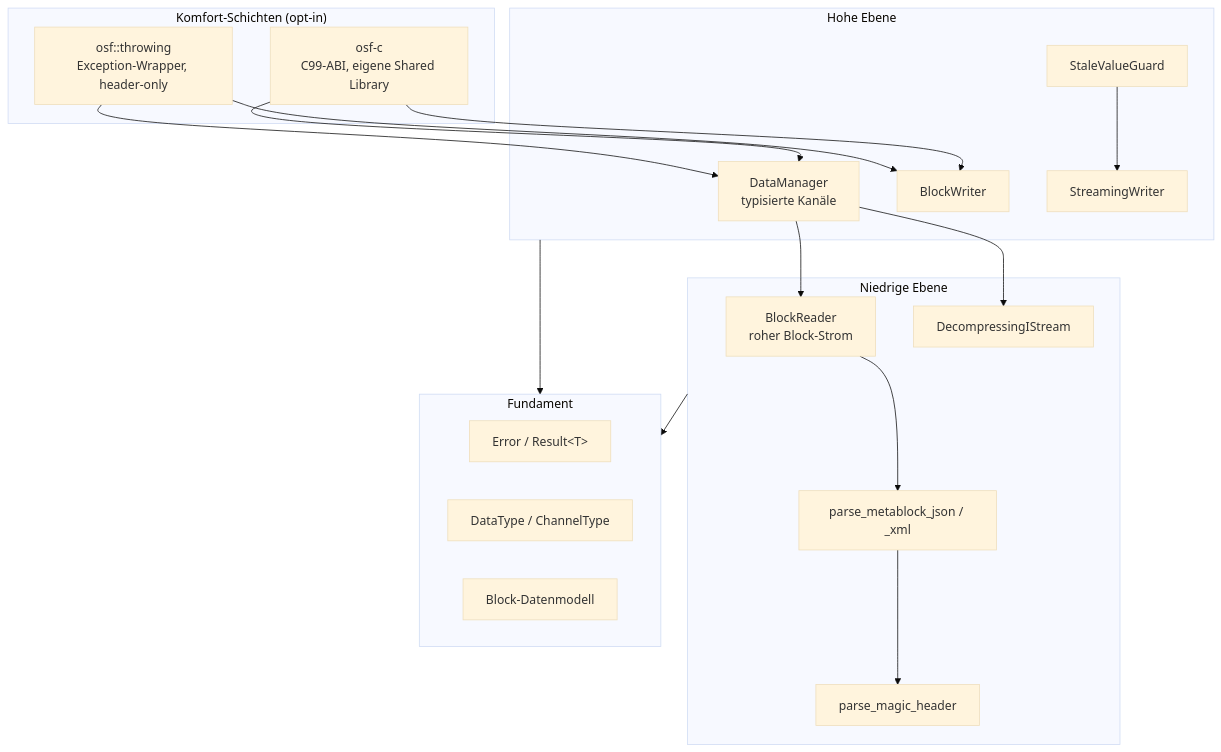
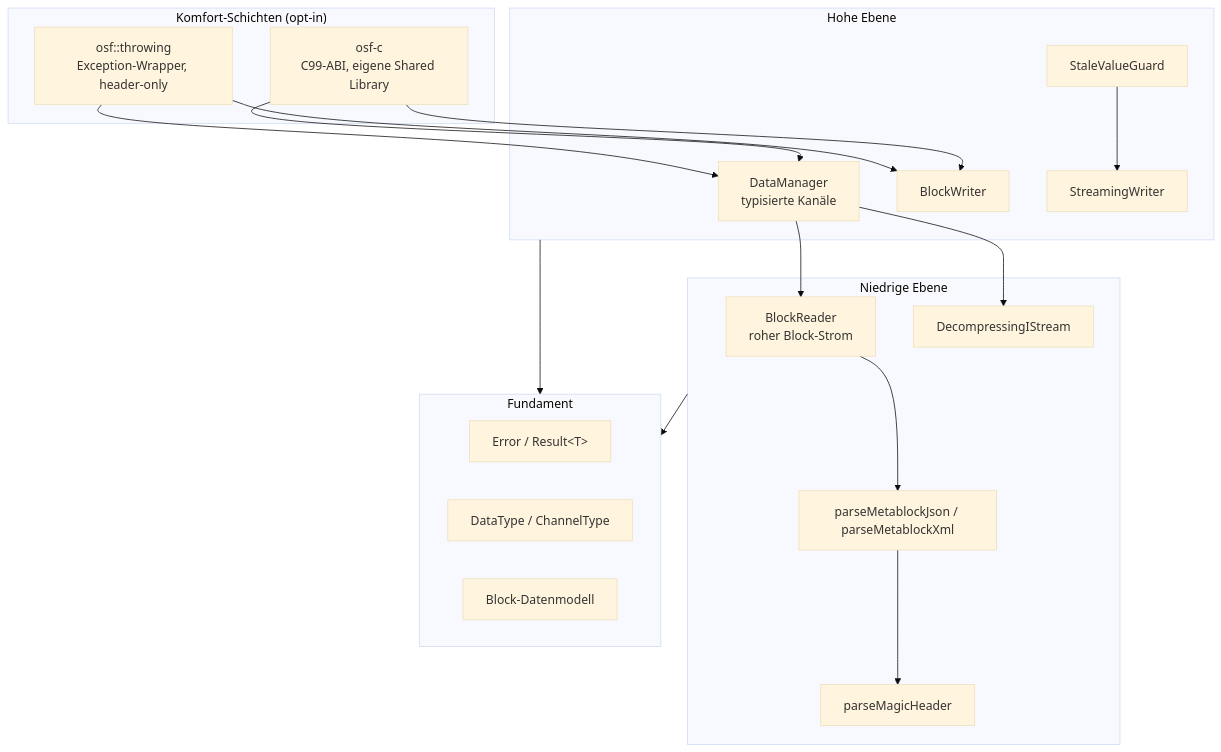
One commit to optimeas/osf changed the first of 2 diagrams in docs/de/implementations/cpp/architektur.md. Above: the diagram before and after it, drawn with Mermaid (base theme). The commit also changed other lines of this file and 12 other files, not shown here.

````diff
--- a/docs/de/implementations/cpp/architektur.md
+++ b/docs/de/implementations/cpp/architektur.md
@@ -47,35 +47,35 @@
 ```mermaid
 flowchart TB
     subgraph CONV ["Komfort-Schichten (opt-in)"]
         THR["osf::throwing<br/>Exception-Wrapper, header-only"]
         CAPI["osf-c<br/>C99-ABI, eigene Shared Library"]
     end
     subgraph HIGH ["Hohe Ebene"]
         DM["DataManager<br/>typisierte Kanäle"]
         BW["BlockWriter"]
         SW["StreamingWriter"]
         SVG["StaleValueGuard"]
     end
     subgraph LOW ["Niedrige Ebene"]
         BR["BlockReader<br/>roher Block-Strom"]
-        HDR["parse_magic_header"]
-        MB["parse_metablock_json / _xml"]
+        HDR["parseMagicHeader"]
+        MB["parseMetablockJson / parseMetablockXml"]
         CMP["DecompressingIStream"]
     end
     subgraph FOUND ["Fundament"]
         ERR["Error / Result&lt;T&gt;"]
         TYP["DataType / ChannelType"]
         BLK["Block-Datenmodell"]
     end
     THR --> DM
     THR --> BW
     CAPI --> DM
     CAPI --> BW
     SVG --> SW
     DM --> BR
     DM --> CMP
     BR --> MB
     MB --> HDR
     HIGH --> FOUND
     LOW --> FOUND
 ```
````
